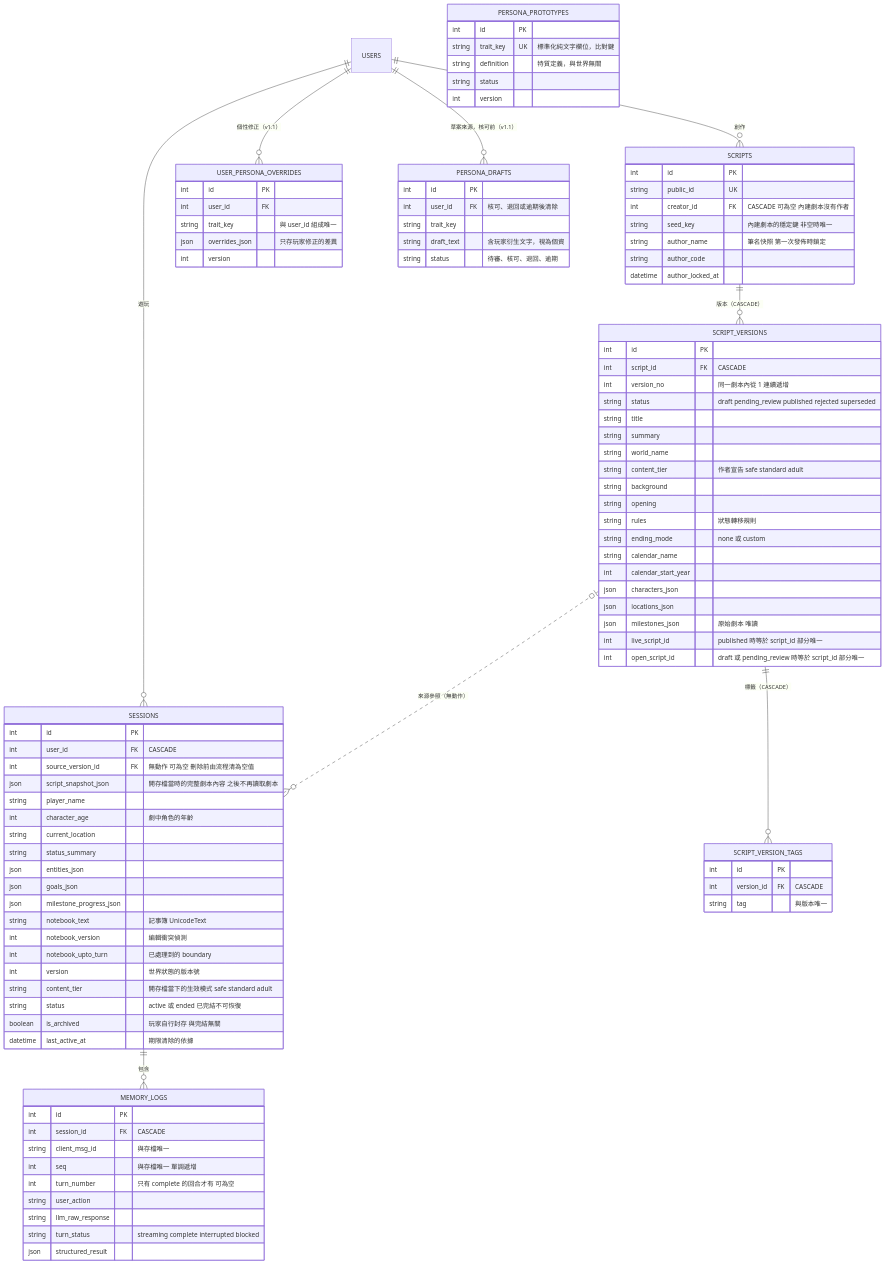
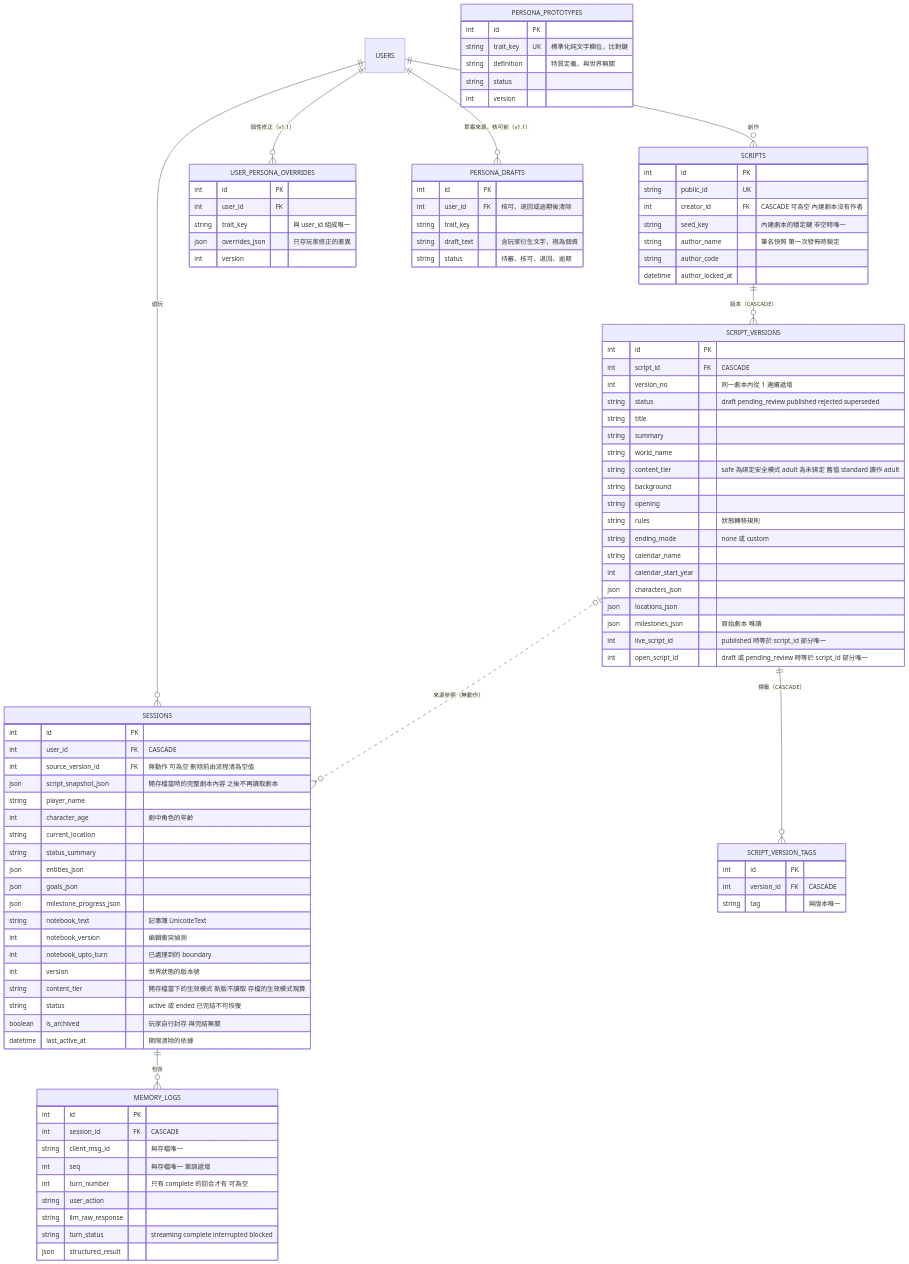
Before and after one commit to pp466pp466/R.A.C: the second of 12 diagrams in docs/RPG.md, drawn with Mermaid. The commit also changed other lines of this file and 68 other files, not shown here.

```diff
--- a/docs/RPG.md
+++ b/docs/RPG.md
@@ -110,7 +110,7 @@
         string title
         string summary
         string world_name
-        string content_tier "作者宣告 safe standard adult"
+        string content_tier "safe 為綁定安全模式 adult 為未綁定 舊值 standard 讀作 adult"
         string background
         string opening
         string rules "狀態轉移規則"
@@ -144,7 +144,7 @@
         int notebook_version "編輯衝突偵測"
         int notebook_upto_turn "已處理到的 boundary"
         int version "世界狀態的版本號"
-        string content_tier "開存檔當下的生效模式 safe standard adult"
+        string content_tier "開存檔當下的生效模式 新版不讀取 存檔的生效模式現算"
         string status "active 或 ended 已完結不可恢復"
         boolean is_archived "玩家自行封存 與完結無關"
         datetime last_active_at "期限清除的依據"
```
